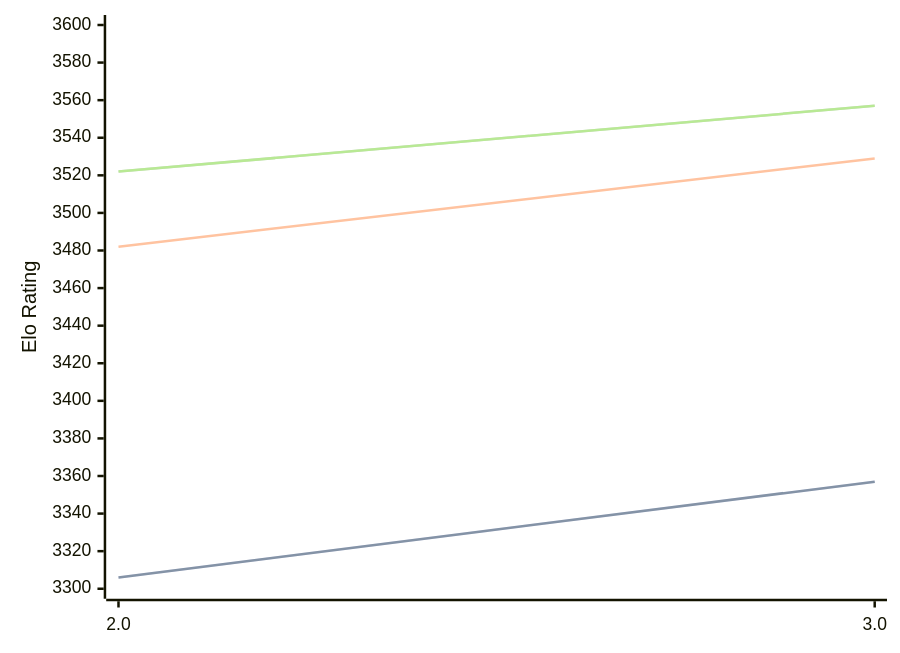
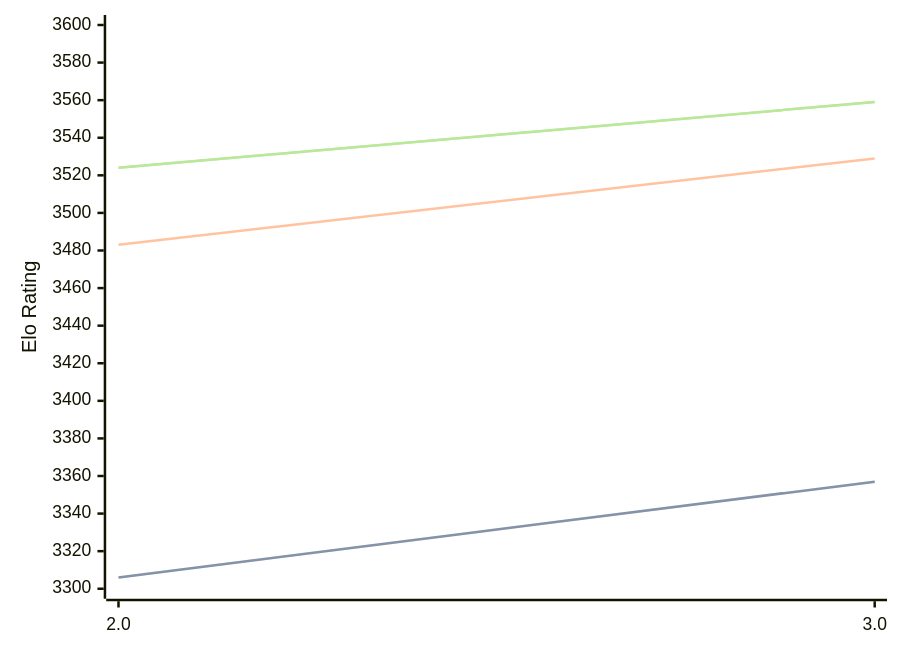
Before and after one commit to computer-chess-index/cci: the diagram in engines/Quanticade.md, drawn with Mermaid. The commit also changed other lines of this file, not shown here.

Commit message:
Update CCI Ratings (ELO VLTC) - 2026-10-08

````diff
--- a/engines/Quanticade.md
+++ b/engines/Quanticade.md
@@ -32,11 +32,11 @@
 ```mermaid
 %%{init: {"theme":"base","themeVariables":{"seriesColors:['#a3a3a3','#222221','#faa371']}}}%%
 xychart-beta
   x-axis ["2.0", "3.0"]
   y-axis "Elo Rating" 3300 --> 3600
   line "" [3306, 3357]
   line "STC (8.0+0.08s)" [3306, 3357]
-  line "LTC (60.0+0.60s)" [3482, 3529]
-  line "" [3522, 3557]
-  line "VLTC (2m24s+1.12s)" [3522, 3557]
+  line "LTC (60.0+0.60s)" [3483, 3529]
+  line "" [3524, 3559]
+  line "VLTC (2m24s+1.12s)" [3524, 3559]
 ```
````
